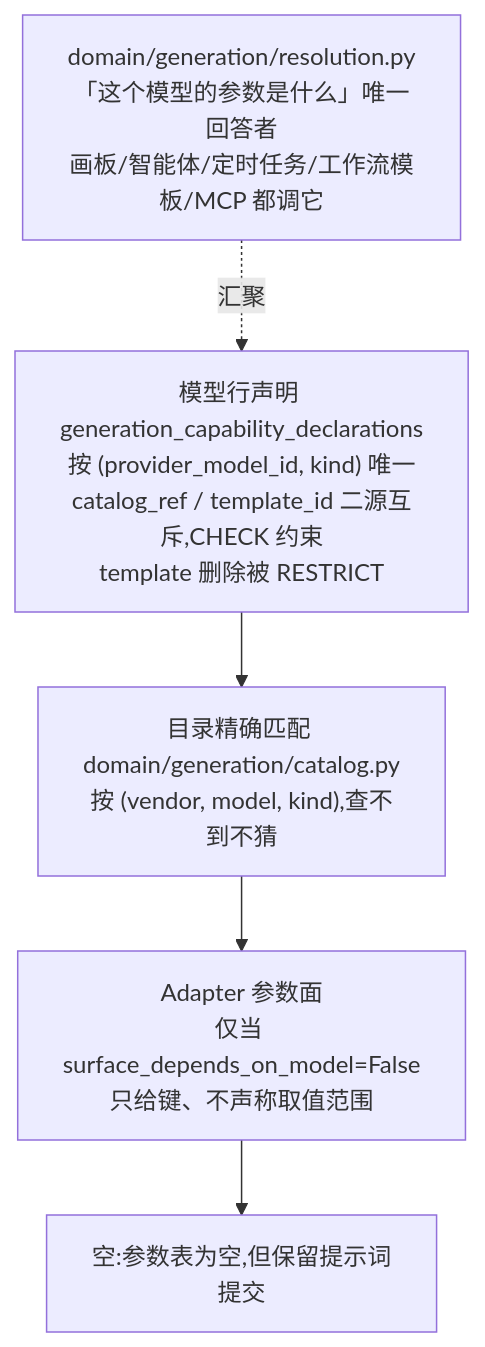
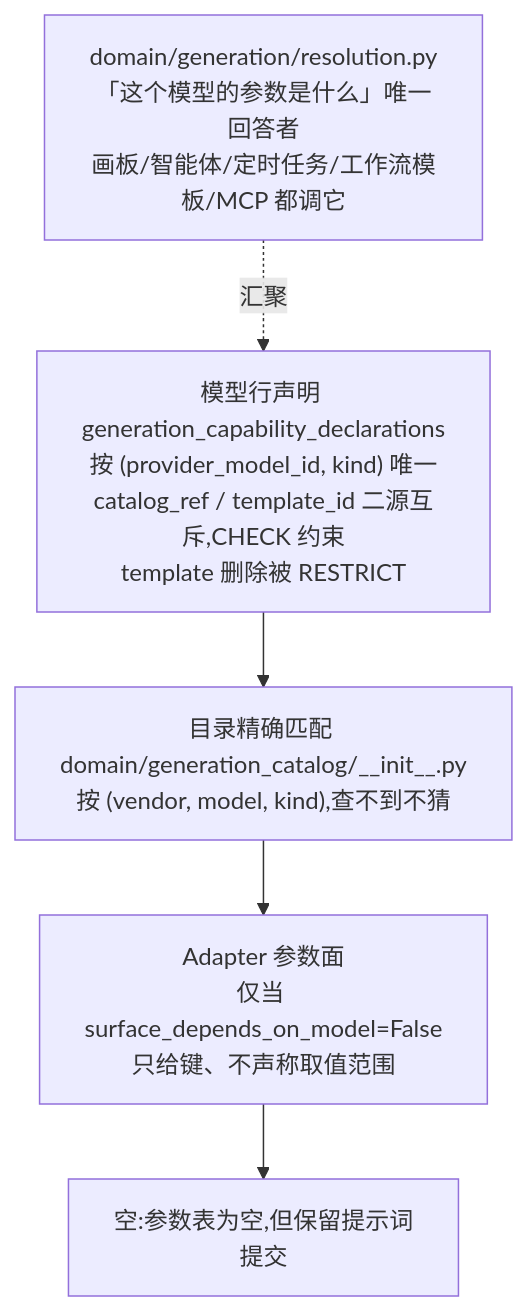
Diagram 14 of 16 in docs/analysis/architecture.md (Alndaly/Mosael), drawn with Mermaid before and after one commit. The commit also changed 130 other files, not shown here.

````diff
--- a/docs/analysis/architecture.md
+++ b/docs/analysis/architecture.md
@@ -510,9 +510,9 @@
 ```mermaid
 flowchart TD
     DECL["模型行声明 generation_capability_declarations<br/>按 (provider_model_id, kind) 唯一<br/>catalog_ref / template_id 二源互斥,CHECK 约束<br/>template 删除被 RESTRICT"]
-    CAT["目录精确匹配 domain/generation/catalog.py<br/>按 (vendor, model, kind),查不到不猜"]
+    CAT["目录精确匹配 domain/generation_catalog/__init__.py<br/>按 (vendor, model, kind),查不到不猜"]
     SURF["Adapter 参数面<br/>仅当 surface_depends_on_model=False<br/>只给键、不声称取值范围"]
     EMPTY["空:参数表为空,但保留提示词提交"]
     DECL --> CAT --> SURF --> EMPTY
     RES["domain/generation/resolution.py<br/>「这个模型的参数是什么」唯一回答者<br/>画板/智能体/定时任务/工作流模板/MCP 都调它"] -.汇聚.-> DECL
 ```
````
